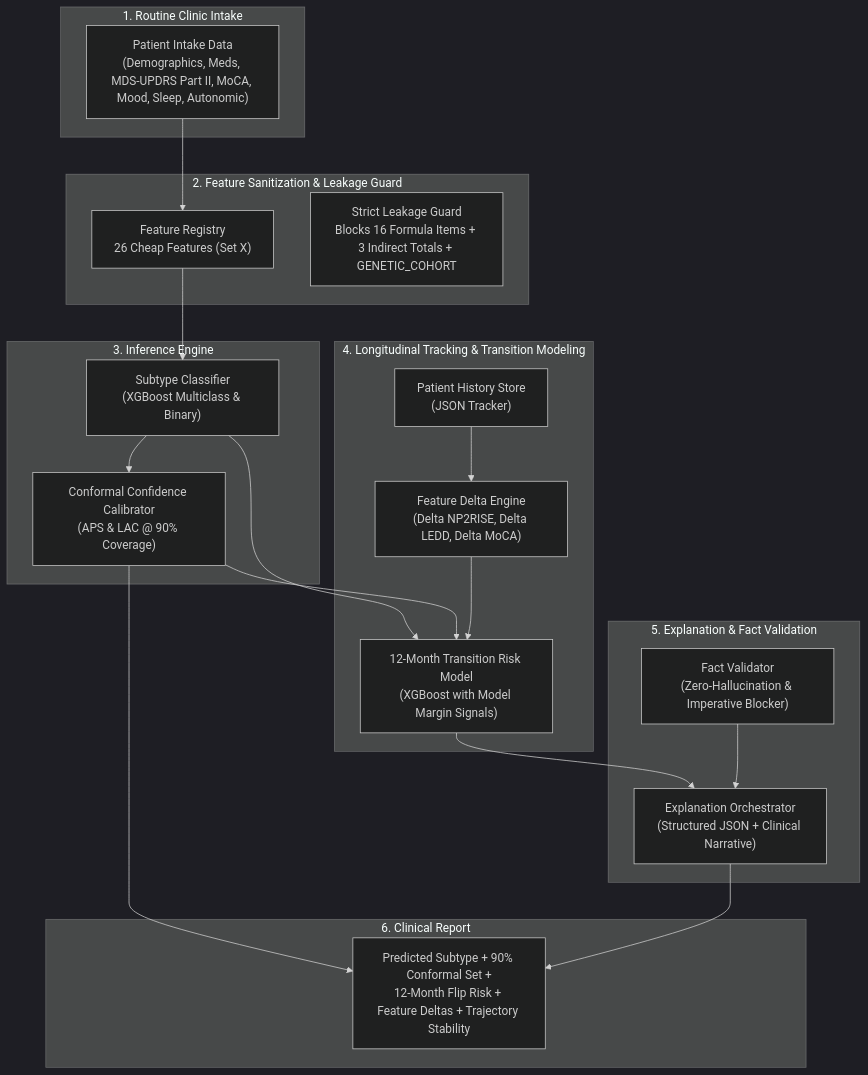
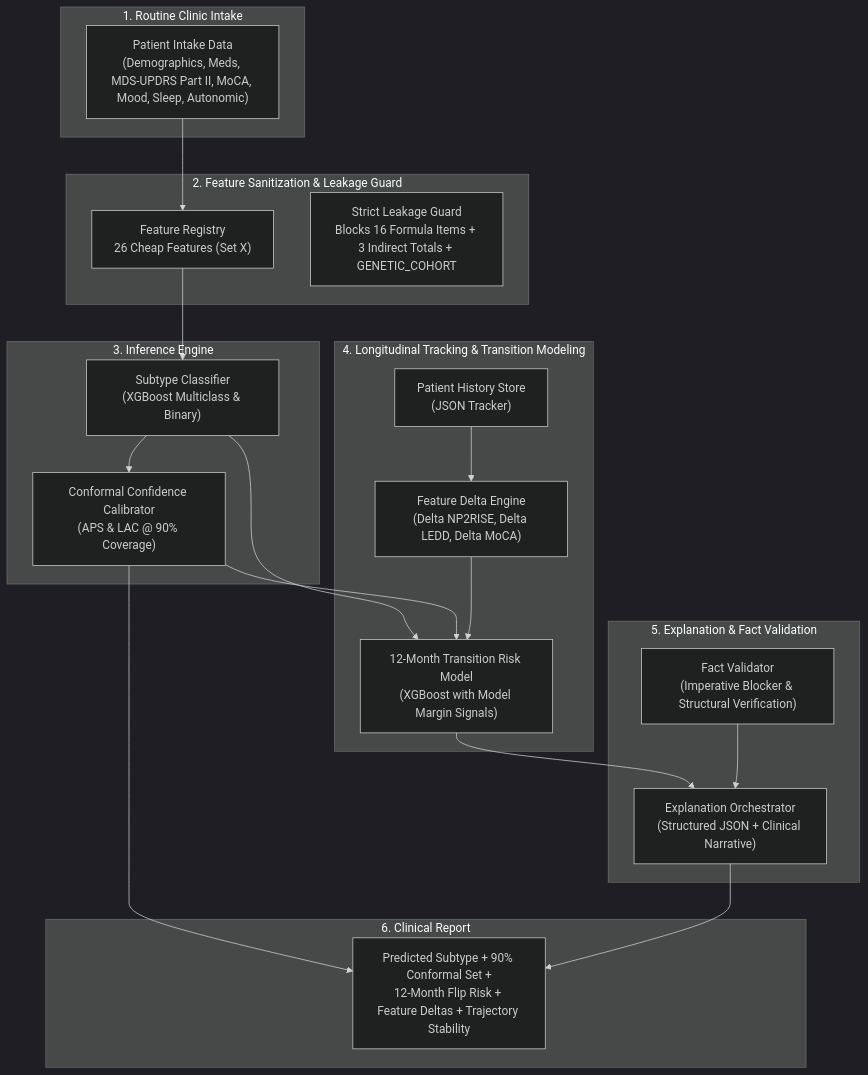
Before and after one commit to HarshilForWork/Major_project: the diagram in HANDOFF_README.md, drawn with Mermaid (dark theme). The commit also changed other lines of this file and 12 other files, not shown here.

````diff
--- a/HANDOFF_README.md
+++ b/HANDOFF_README.md
@@ -32,46 +32,46 @@
 ```mermaid
 flowchart TD
     subgraph Inputs ["1. Routine Clinic Intake"]
         A["Patient Intake Data<br/>(Demographics, Meds, MDS-UPDRS Part II, MoCA, Mood, Sleep, Autonomic)"]
     end
 
     subgraph FeatureSanitization ["2. Feature Sanitization & Leakage Guard"]
         B["Feature Registry<br/>26 Cheap Features (Set X)"]
         BLock["Strict Leakage Guard<br/>Blocks 16 Formula Items + 3 Indirect Totals + GENETIC_COHORT"]
     end
 
     subgraph CoreInference ["3. Inference Engine"]
         C["Subtype Classifier<br/>(XGBoost Multiclass & Binary)"]
         D["Conformal Confidence Calibrator<br/>(APS & LAC @ 90% Coverage)"]
         
         A --> B
         B --> C
         C --> D
     end
 
     subgraph LongitudinalLayer ["4. Longitudinal Tracking & Transition Modeling"]
         E["Patient History Store<br/>(JSON Tracker)"]
         F["Feature Delta Engine<br/>(Delta NP2RISE, Delta LEDD, Delta MoCA)"]
         G["12-Month Transition Risk Model<br/>(XGBoost with Model Margin Signals)"]
         
         E --> F
         C --> G
         D --> G
         F --> G
     end
 
     subgraph ExplanationLayer ["5. Explanation & Fact Validation"]
-        H["Fact Validator<br/>(Zero-Hallucination & Imperative Blocker)"]
+        H["Fact Validator<br/>(Imperative Blocker & Structural Verification)"]
         I["Explanation Orchestrator<br/>(Structured JSON + Clinical Narrative)"]
         
         G --> I
         H --> I
     end
 
     subgraph Outputs ["6. Clinical Report"]
         J["Predicted Subtype + 90% Conformal Set +<br/>12-Month Flip Risk + Feature Deltas + Trajectory Stability"]
     end
 
     D --> J
     I --> J
 ```
````
